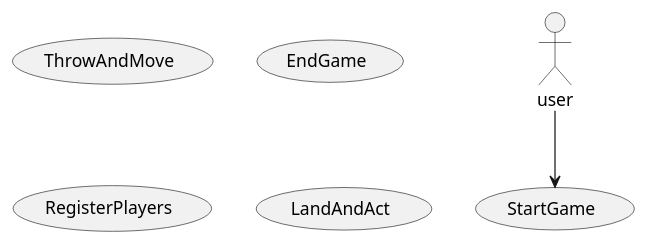
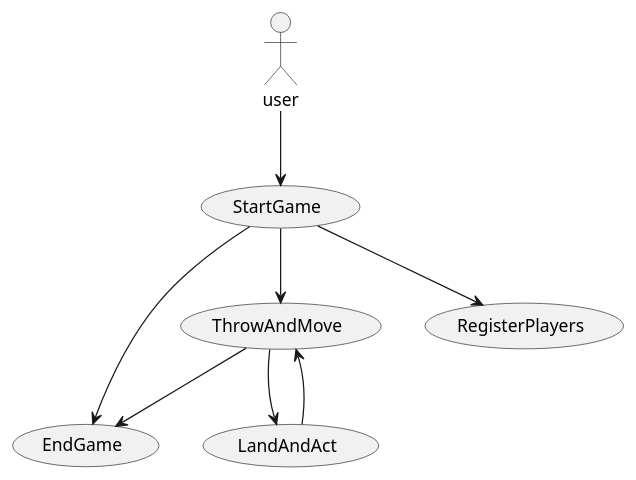
Before and after one commit to Dat1Cphbusiness/MonopolyE24: the diagram in doc/plan/usecases.puml, drawn with PlantUML. The commit also changed 2 other files, not shown here.

```diff
--- a/doc/plan/usecases.puml
+++ b/doc/plan/usecases.puml
@@ -1,14 +1,19 @@
 @startuml
 
   actor user
 
   usecase "ThrowAndMove" as UC3
   usecase "StartGame" as UC1
   usecase "EndGame" as UC5
   usecase "RegisterPlayers" as UC2
   usecase "LandAndAct" as UC4
 
 
 user --> UC1
-
+UC1 --> UC2
+UC1 --> UC3
+UC3 --> UC4
+UC4 --> UC3
+UC3 --> UC5
+UC1 --> UC5
 @enduml
```
